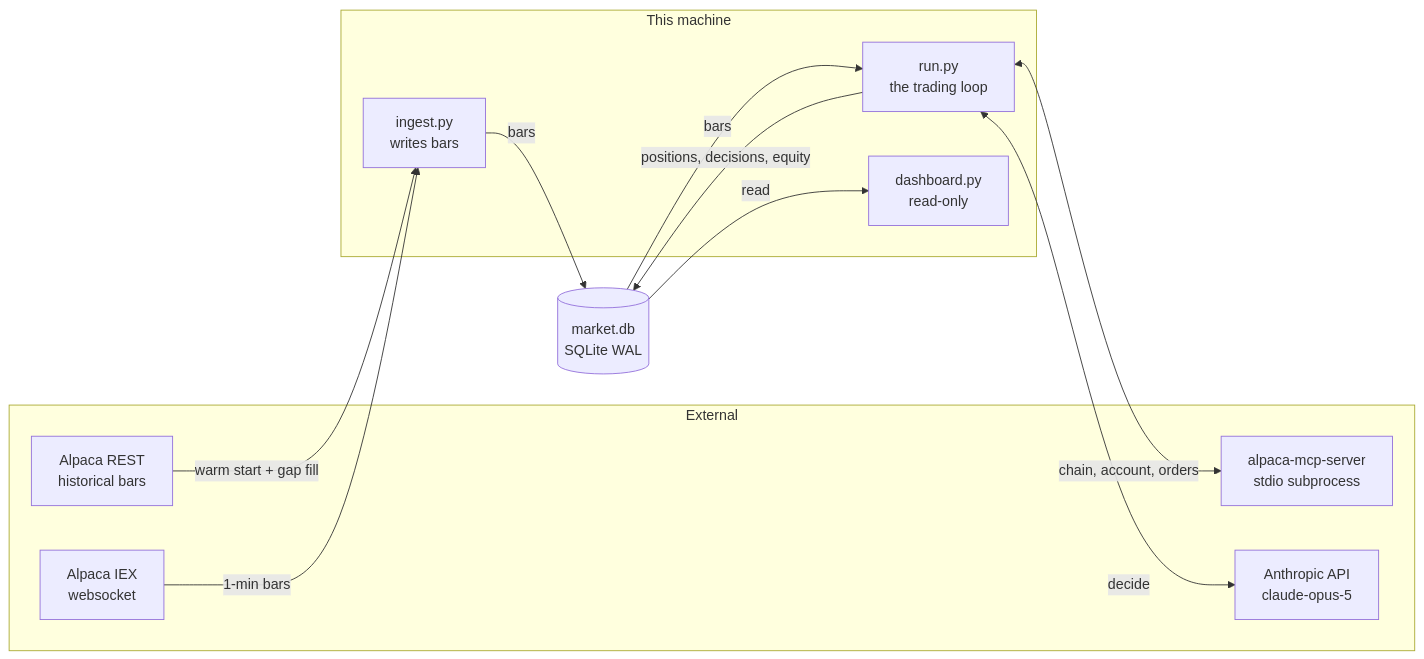
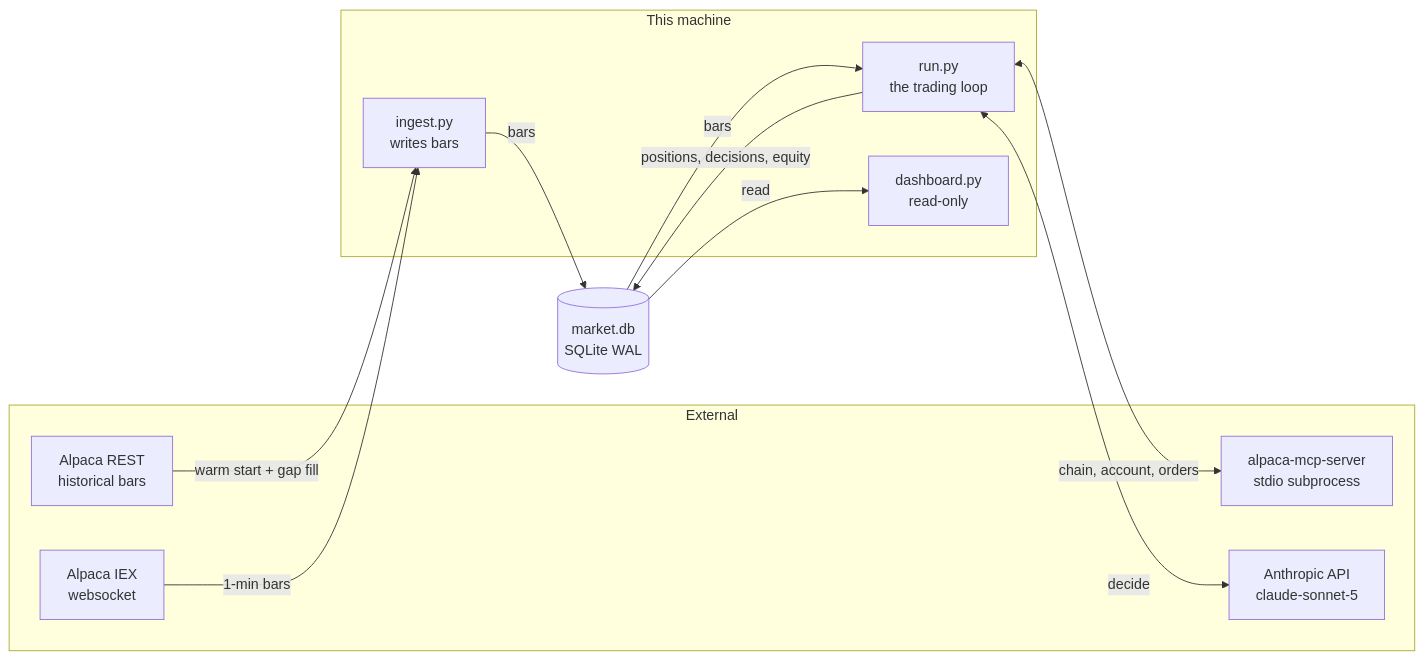
The first of 4 diagrams in README.md (himanshu2394i/Alpaca), drawn with Mermaid before and after one commit. The commit also changed other lines of this file and 2 other files, not shown here.

Commit message:
switch the decision layer from Claude Opus 5 to Claude Sonnet 5
The competition's judged window is over (scored EOD 3 Sep); the agent keeps
running through judging week on its own account, not Alpaca's or the
hackathon's dime. Sonnet 5 is ~60% cheaper per token ($2/$10 vs $5/$25 per
1M in/out) for a decision that's already narrow and gated: decide() only
ever chooses among contracts that already passed every deterministic
liquidity/spread/delta/DTE check, from a strict enum tool schema that can't
name an unlisted symbol. The risk gates that actually protect the account
are unchanged - approve() still has final say regardless of which model
proposed the trade.

````diff
--- a/README.md
+++ b/README.md
@@ -131,26 +131,26 @@
 ```mermaid
 flowchart LR
     subgraph ext[External]
         WS[Alpaca IEX<br/>websocket]
         REST[Alpaca REST<br/>historical bars]
         MCP[alpaca-mcp-server<br/>stdio subprocess]
-        LLM[Anthropic API<br/>claude-opus-5]
+        LLM[Anthropic API<br/>claude-sonnet-5]
     end
 
     subgraph proc[This machine]
         ING[ingest.py<br/>writes bars]
         AGT[run.py<br/>the trading loop]
         DASH[dashboard.py<br/>read-only]
     end
 
     DB[(market.db<br/>SQLite WAL)]
 
     REST -->|warm start + gap fill| ING
     WS -->|1-min bars| ING
     ING -->|bars| DB
     DB -->|bars| AGT
     AGT <-->|chain, account, orders| MCP
     AGT <-->|decide| LLM
     AGT -->|positions, decisions, equity| DB
     DB -->|read| DASH
 ```
````
